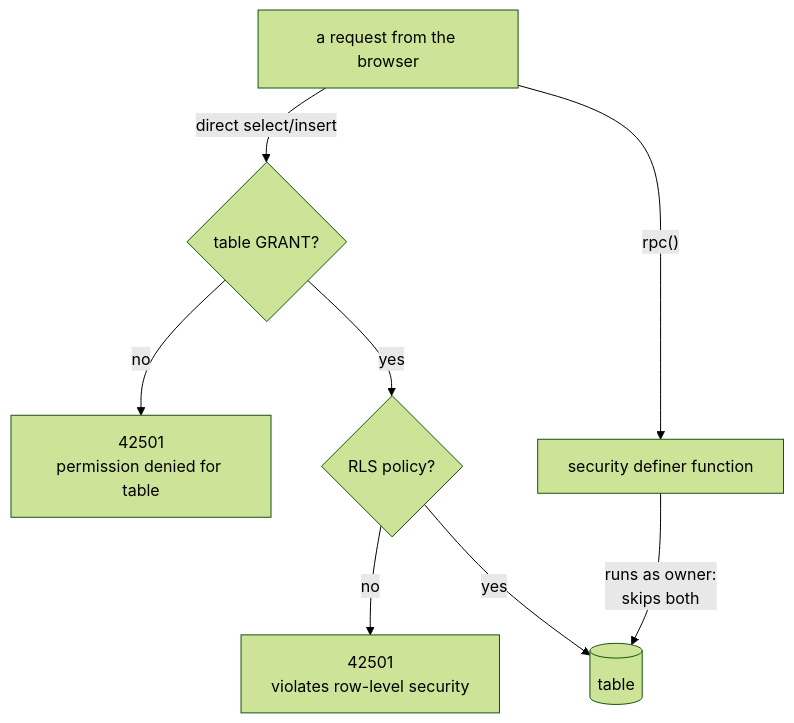
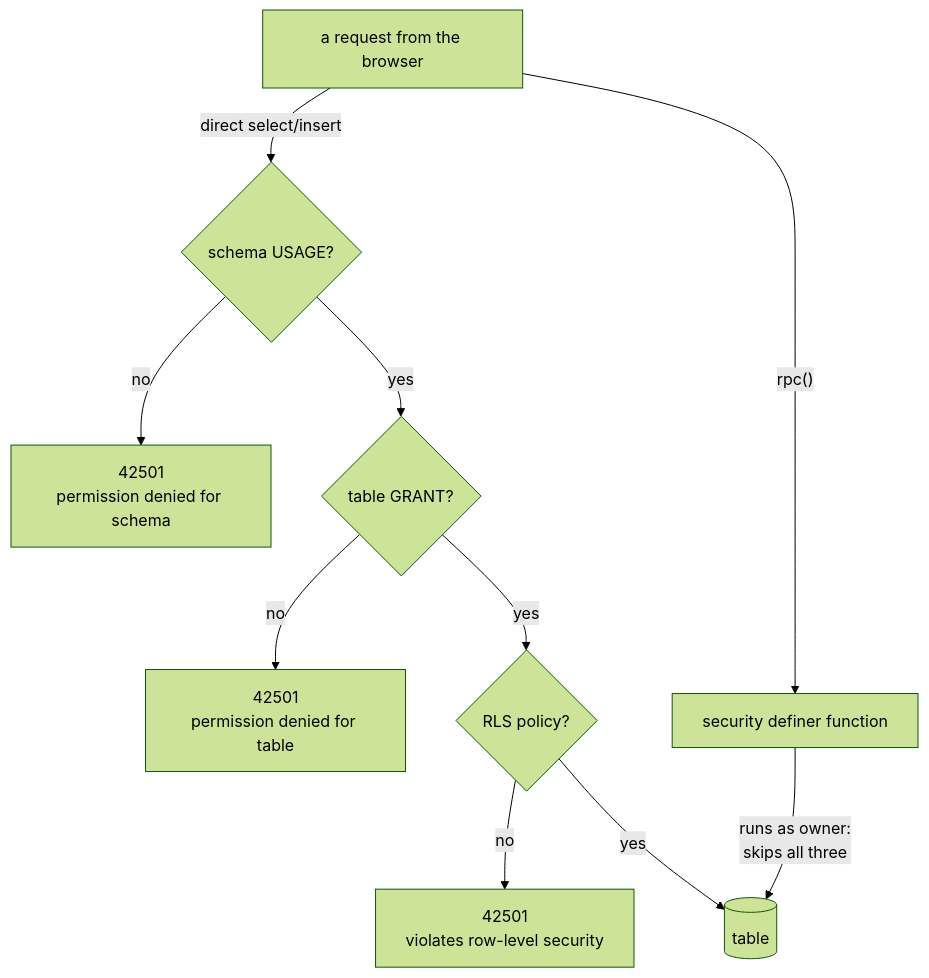
Before and after one commit to minormending/restroom-map: the first of 2 diagrams in docs/security.md, drawn with Mermaid (forest theme). The commit also changed other lines of this file and 3 other files, not shown here.

````diff
--- a/docs/security.md
+++ b/docs/security.md
@@ -10,16 +10,19 @@
 ```mermaid
 graph TB
     req["a request from the browser"]
+    u{"schema USAGE?"}
     g{"table GRANT?"}
     p{"RLS policy?"}
     f["security definer function"]
     t[("table")]
 
-    req -->|"direct select/insert"| g
+    req -->|"direct select/insert"| u
+    u -->|no| deny0["42501<br/>permission denied for schema"]
+    u -->|yes| g
     g -->|no| deny1["42501<br/>permission denied for table"]
     g -->|yes| p
     p -->|no| deny2["42501<br/>violates row-level security"]
     p -->|yes| t
     req -->|"rpc()"| f
-    f -->|"runs as owner:<br/>skips both"| t
+    f -->|"runs as owner:<br/>skips all three"| t
 ```
````
